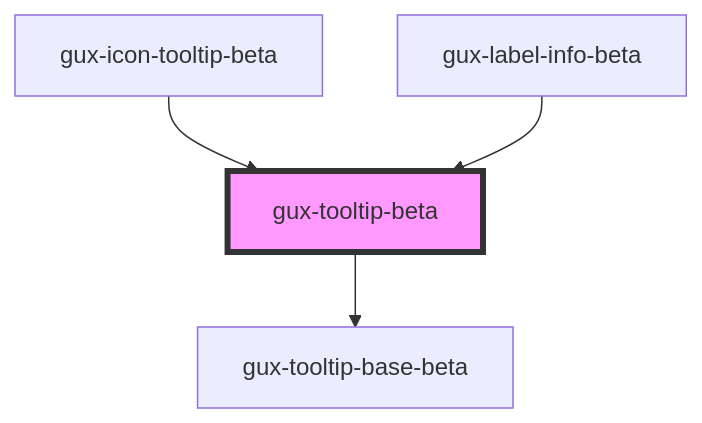
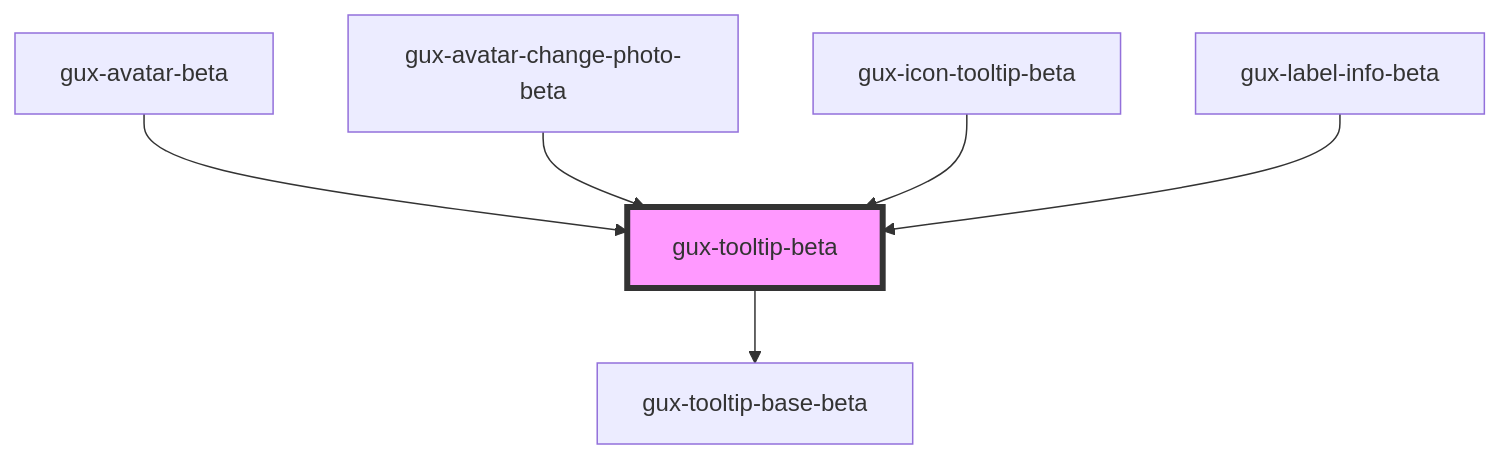
Before and after one commit to MyPureCloud/genesys-spark: the diagram in packages/genesys-spark-components/src/components/beta/gux-tooltip-beta/readme.md, drawn with Mermaid. The commit also changed other lines of this file and 20 other files, not shown here.

First line of the commit message:
feat(avatar): add tooltip

````diff
--- a/packages/genesys-spark-components/src/components/beta/gux-tooltip-beta/readme.md
+++ b/packages/genesys-spark-components/src/components/beta/gux-tooltip-beta/readme.md
@@ -77,7 +79,9 @@
 ```mermaid
 graph TD;
   gux-tooltip-beta --> gux-tooltip-base-beta
+  gux-avatar-beta --> gux-tooltip-beta
+  gux-avatar-change-photo-beta --> gux-tooltip-beta
   gux-icon-tooltip-beta --> gux-tooltip-beta
   gux-label-info-beta --> gux-tooltip-beta
   style gux-tooltip-beta fill:#f9f,stroke:#333,stroke-width:4px
 ```
````
